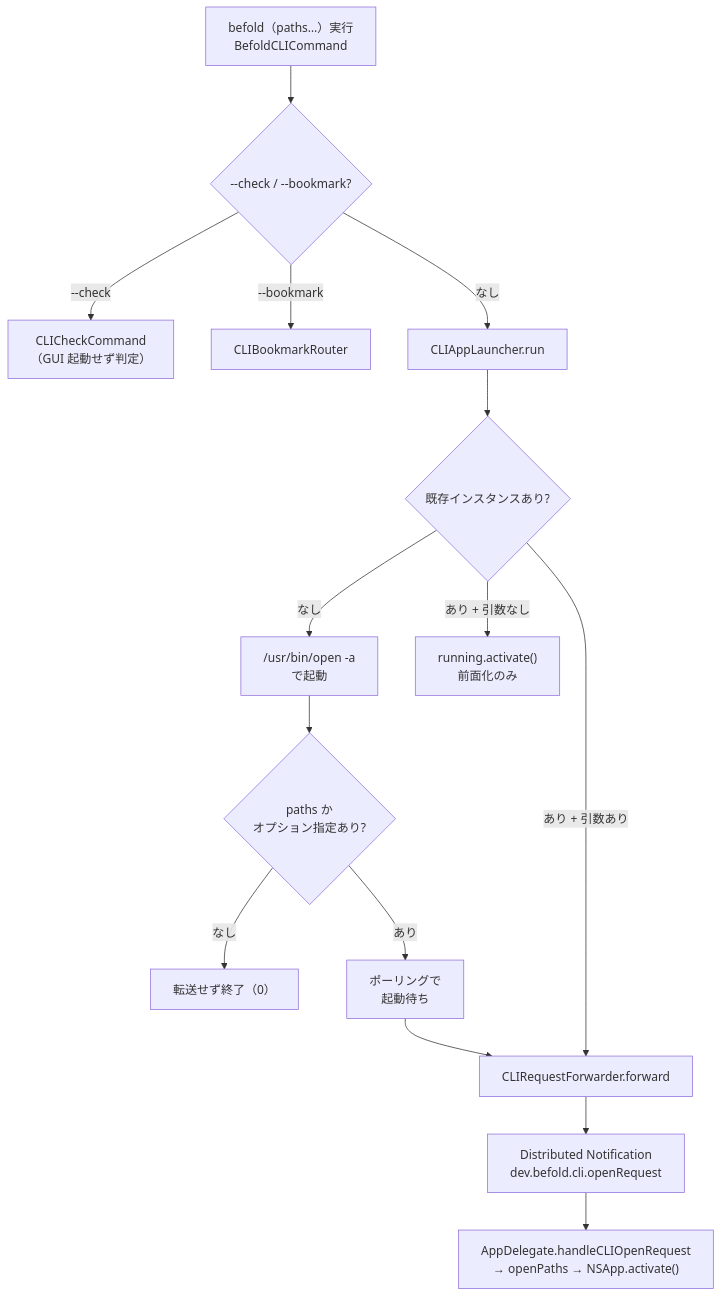
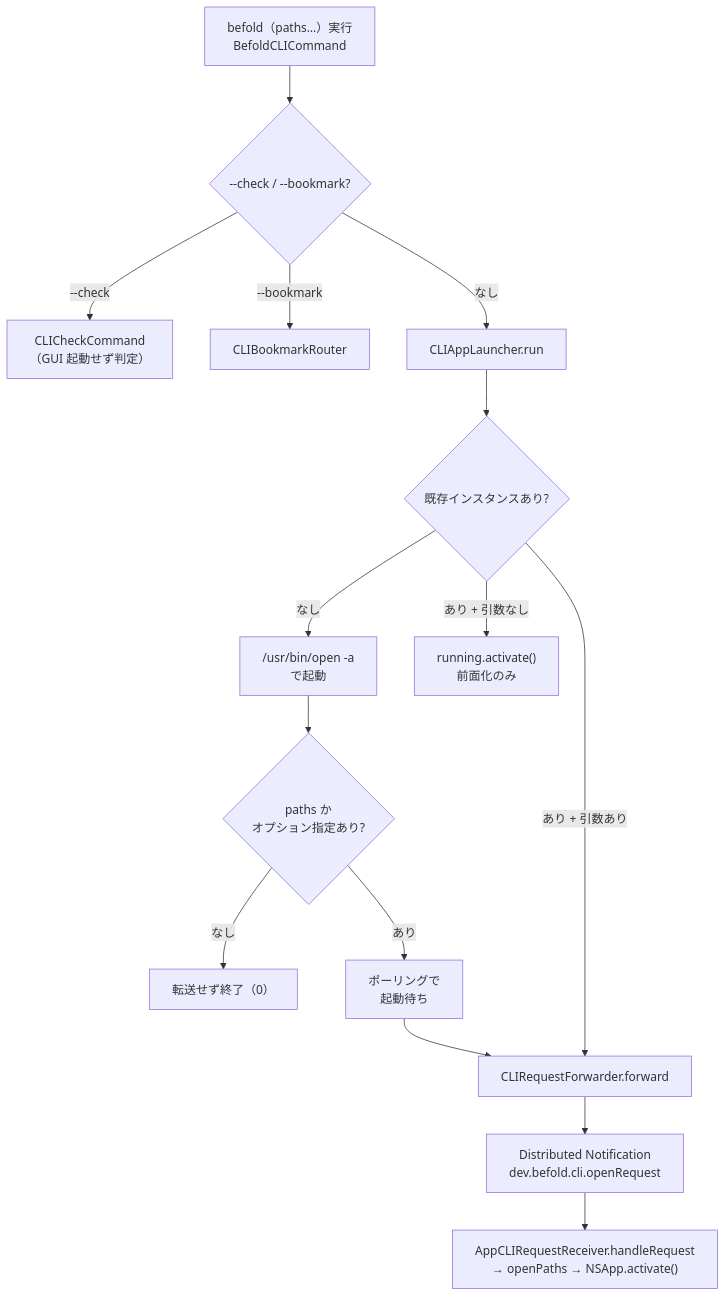
One commit to YTommy109/befold changed the diagram in docs/dev/cli-launch.md. Above: the diagram before and after it, drawn with Mermaid. The commit also changed other lines of this file and 41 other files, not shown here.

````diff
--- a/docs/dev/cli-launch.md
+++ b/docs/dev/cli-launch.md
@@ -68,17 +93,17 @@
 ```mermaid
 flowchart TD
   A["befold（paths…）実行<br/>BefoldCLICommand"] --> B{"--check / --bookmark?"}
   B -- "--check" --> C["CLICheckCommand<br/>（GUI 起動せず判定）"]
   B -- "--bookmark" --> D["CLIBookmarkRouter"]
   B -- なし --> E["CLIAppLauncher.run"]
   E --> F{"既存インスタンスあり?"}
   F -- "なし" --> G["/usr/bin/open -a<br/>で起動"]
   F -- "あり + 引数なし" --> H["running.activate()<br/>前面化のみ"]
   F -- "あり + 引数あり" --> I["CLIRequestForwarder.forward"]
   G --> G2{"paths か<br/>オプション指定あり?"}
   G2 -- "なし" --> G3["転送せず終了（0）"]
   G2 -- "あり" --> G4["ポーリングで<br/>起動待ち"]
   G4 --> I
   I --> J["Distributed Notification<br/>dev.befold.cli.openRequest"]
-  J --> K["AppDelegate.handleCLIOpenRequest<br/>→ openPaths → NSApp.activate()"]
+  J --> K["AppCLIRequestReceiver.handleRequest<br/>→ openPaths → NSApp.activate()"]
 ```
````
